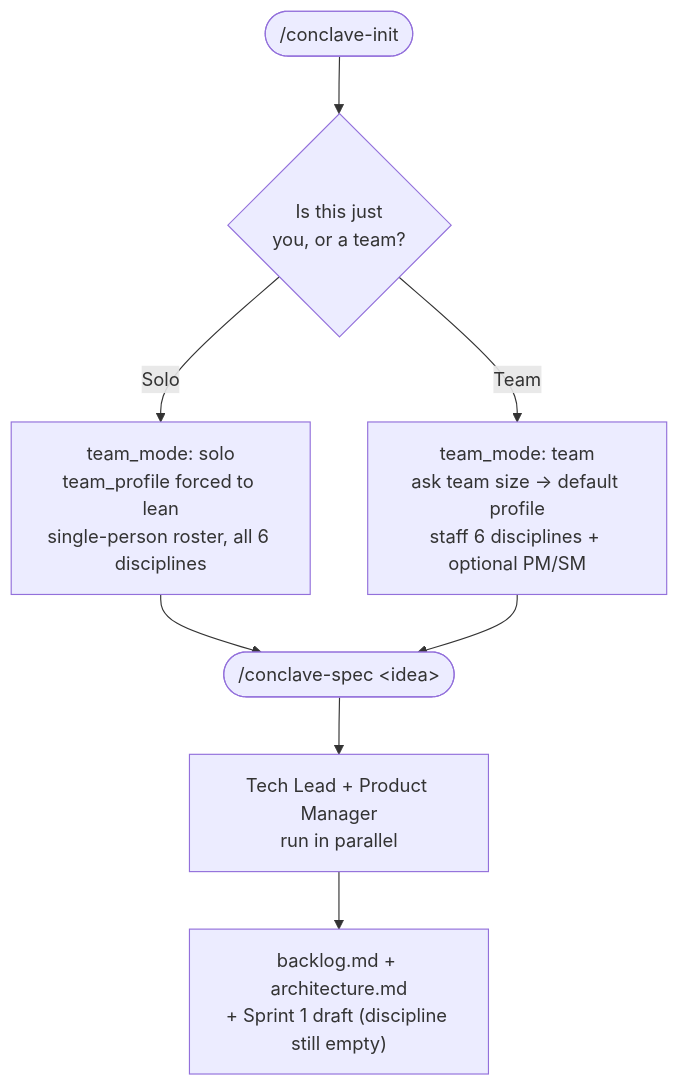
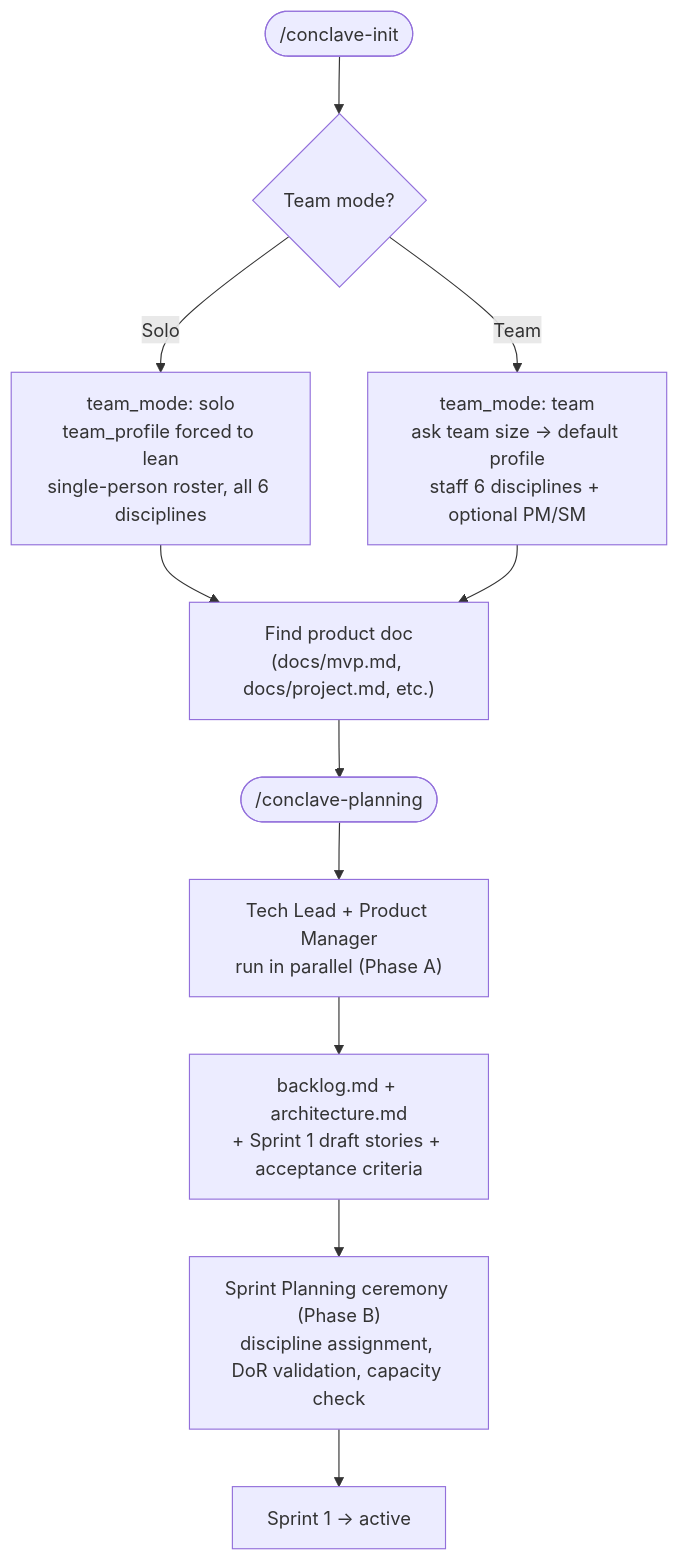
The first of 3 diagrams in site/content/en/workflow.mdx (giolabs/conclave), drawn with Mermaid before and after one commit. The commit also changed other lines of this file and 15 other files, not shown here.

First line of the commit message:
docs: update site for /conclave-init wizard merge and /conclave-planning Phase A

````diff
--- a/site/content/en/workflow.mdx
+++ b/site/content/en/workflow.mdx
@@ -12,13 +12,16 @@
 ```mermaid
 flowchart TD
-    Start(["/conclave-init"]) --> Q{"Is this just<br/>you, or a team?"}
+    Start(["/conclave-init"]) --> Q{"Team mode?"}
 
     Q -->|Solo| SoloBranch["team_mode: solo<br/>team_profile forced to lean<br/>single-person roster, all 6 disciplines"]
     Q -->|Team| TeamBranch["team_mode: team<br/>ask team size → default profile<br/>staff 6 disciplines + optional PM/SM"]
 
-    SoloBranch --> Spec(["/conclave-spec &lt;idea&gt;"])
-    TeamBranch --> Spec
+    SoloBranch --> DocQ["Find product doc<br/>(docs/mvp.md, docs/project.md, etc.)"]
+    TeamBranch --> DocQ
 
-    Spec --> Parallel["Tech Lead + Product Manager<br/>run in parallel"]
-    Parallel --> Artifacts["backlog.md + architecture.md<br/>+ Sprint 1 draft (discipline still empty)"]
+    DocQ --> Plan(["/conclave-planning"])
+    Plan --> Parallel["Tech Lead + Product Manager<br/>run in parallel (Phase A)"]
+    Parallel --> Artifacts["backlog.md + architecture.md<br/>+ Sprint 1 draft stories + acceptance criteria"]
+    Artifacts --> Ceremony["Sprint Planning ceremony (Phase B)<br/>discipline assignment, DoR validation, capacity check"]
+    Ceremony --> Active["Sprint 1 → active"]
 ```
````
